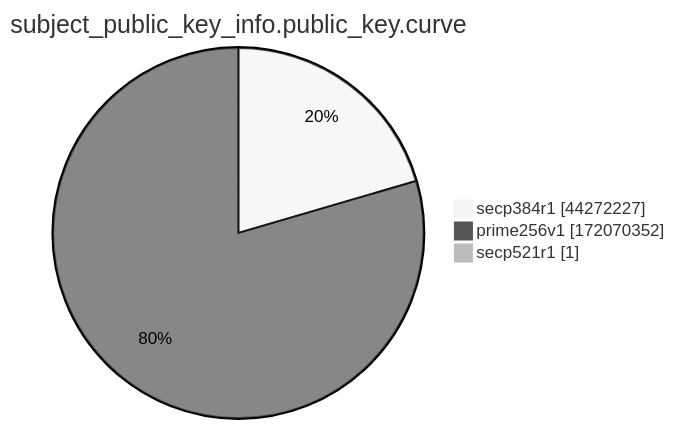
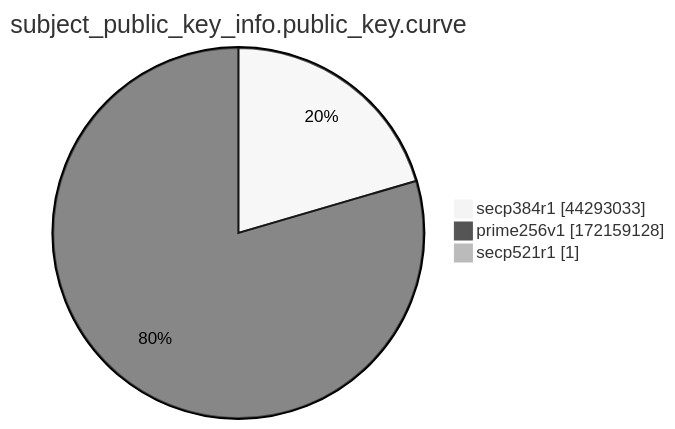
Before and after one commit to christiankrug/ctmonitor_visualization: the ninth of 15 diagrams in xenon2022/README.md, drawn with Mermaid (neutral theme). The commit also changed other lines of this file, not shown here.

````diff
--- a/xenon2022/README.md
+++ b/xenon2022/README.md
@@ -2871,7 +2871,7 @@
 ```mermaid
 pie showData
 title subject_public_key_info.public_key.curve
-"secp384r1" :44272227
-"prime256v1" :172070352
+"secp384r1" :44293033
+"prime256v1" :172159128
 "secp521r1" :1
 ```
````
